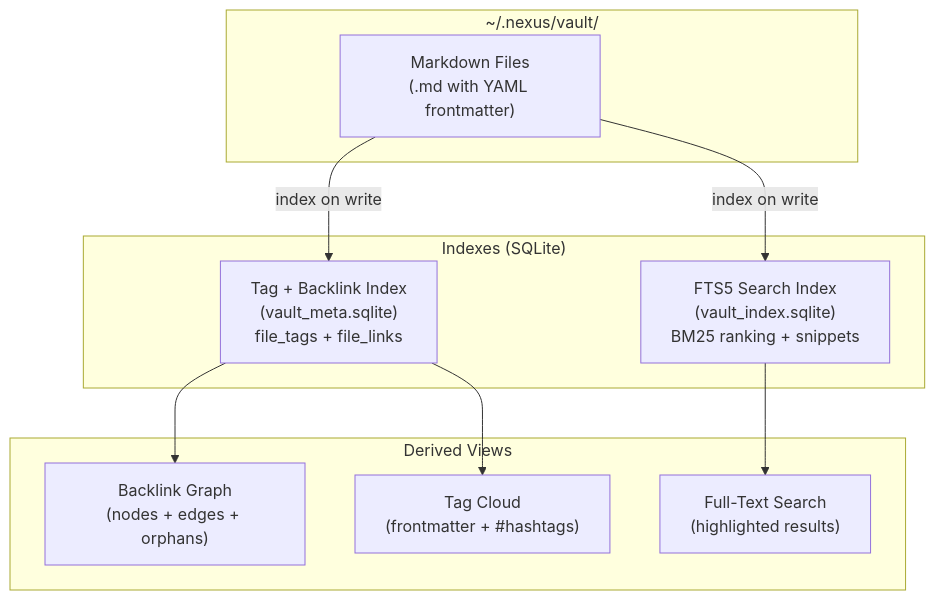
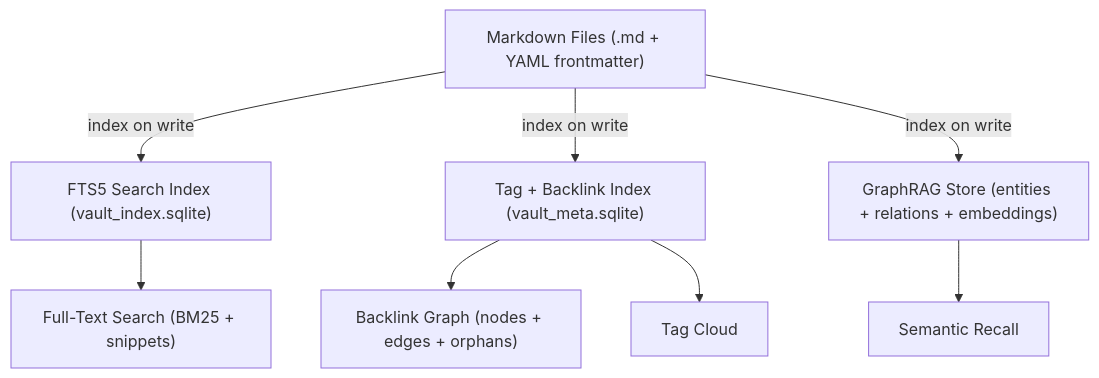
One commit to NinoCoelho/nexus changed the fifth of 11 diagrams in README.md. Above: the diagram before and after it, drawn with Mermaid. The commit also changed other lines of this file and 1 other file, not shown here.

````diff
--- a/README.md
+++ b/README.md
@@ -358,23 +341,19 @@
 ```mermaid
 graph TB
-    subgraph "~/.nexus/vault/"
-        FILES["Markdown Files<br/>(.md with YAML frontmatter)"]
-    end
-
-    subgraph "Indexes (SQLite)"
-        FTS["FTS5 Search Index<br/>(vault_index.sqlite)<br/>BM25 ranking + snippets"]
-        META["Tag + Backlink Index<br/>(vault_meta.sqlite)<br/>file_tags + file_links"]
-    end
-
-    subgraph "Derived Views"
-        GRAPH["Backlink Graph<br/>(nodes + edges + orphans)"]
-        TAGS["Tag Cloud<br/>(frontmatter + #hashtags)"]
-        SEARCH["Full-Text Search<br/>(highlighted results)"]
-    end
+    FILES["Markdown Files (.md + YAML frontmatter)"]
+    FTS["FTS5 Search Index (vault_index.sqlite)"]
+    META["Tag + Backlink Index (vault_meta.sqlite)"]
+    GRAG["GraphRAG Store (entities + relations + embeddings)"]
+    GRAPH["Backlink Graph (nodes + edges + orphans)"]
+    TAGS["Tag Cloud"]
+    SEARCH["Full-Text Search (BM25 + snippets)"]
+    SEM["Semantic Recall"]
 
     FILES -->|"index on write"| FTS
     FILES -->|"index on write"| META
+    FILES -->|"index on write"| GRAG
     META --> GRAPH
     META --> TAGS
     FTS --> SEARCH
+    GRAG --> SEM
 ```
````
